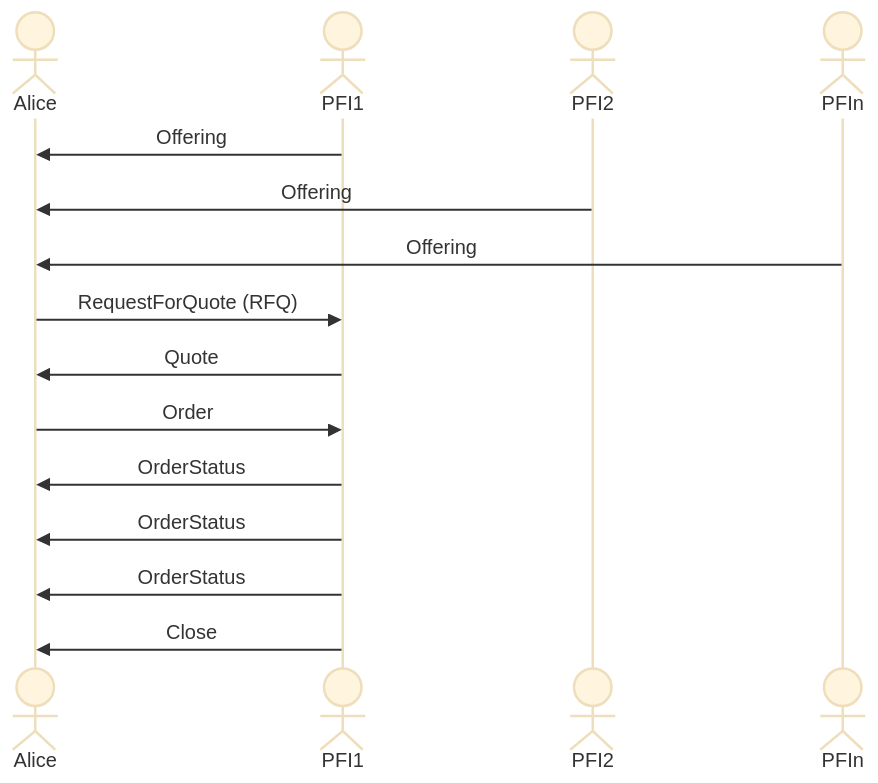
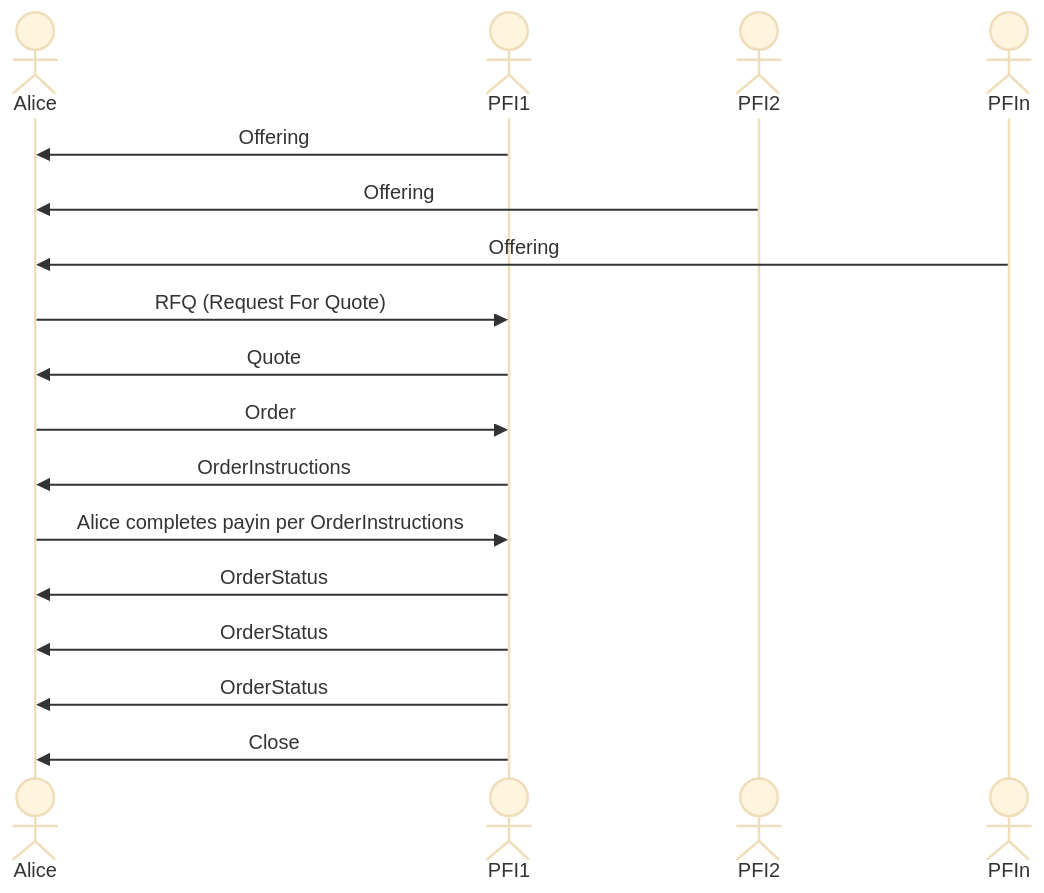
Before and after one commit to TBD54566975/tbdex: the diagram in specs/protocol/README.md, drawn with Mermaid (base theme). The commit also changed other lines of this file and 1 other file, not shown here.

````diff
--- a/specs/protocol/README.md
+++ b/specs/protocol/README.md
@@ -832,17 +832,19 @@
 ```mermaid
 sequenceDiagram
   actor Alice
 	actor PFI1
   actor PFI2
 	actor PFIn
 	PFI1->>Alice: Offering
 	PFI2->>Alice: Offering
 	PFIn->>Alice: Offering
-  Alice->>PFI1: RequestForQuote (RFQ)
+  Alice->>PFI1: RFQ (Request For Quote)
   PFI1->>Alice: Quote
   Alice->>PFI1: Order
+  PFI1->>Alice: OrderInstructions
+  Alice->>PFI1: Alice completes payin per OrderInstructions
   PFI1->>Alice: OrderStatus
   PFI1->>Alice: OrderStatus
   PFI1->>Alice: OrderStatus
   PFI1->>Alice: Close
 ```
````
